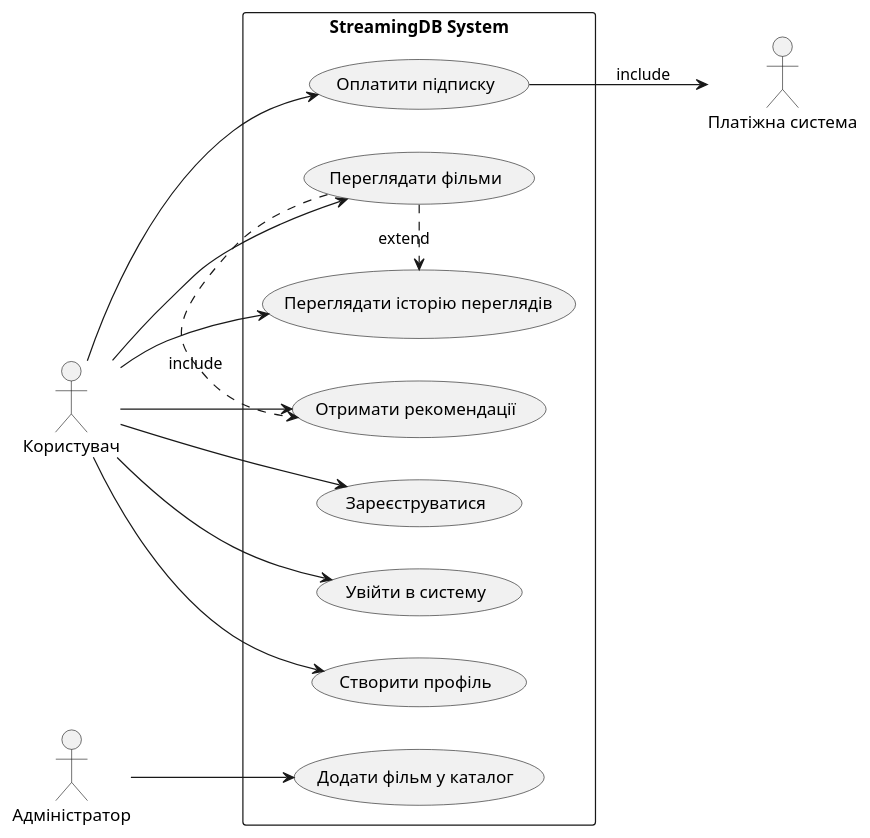
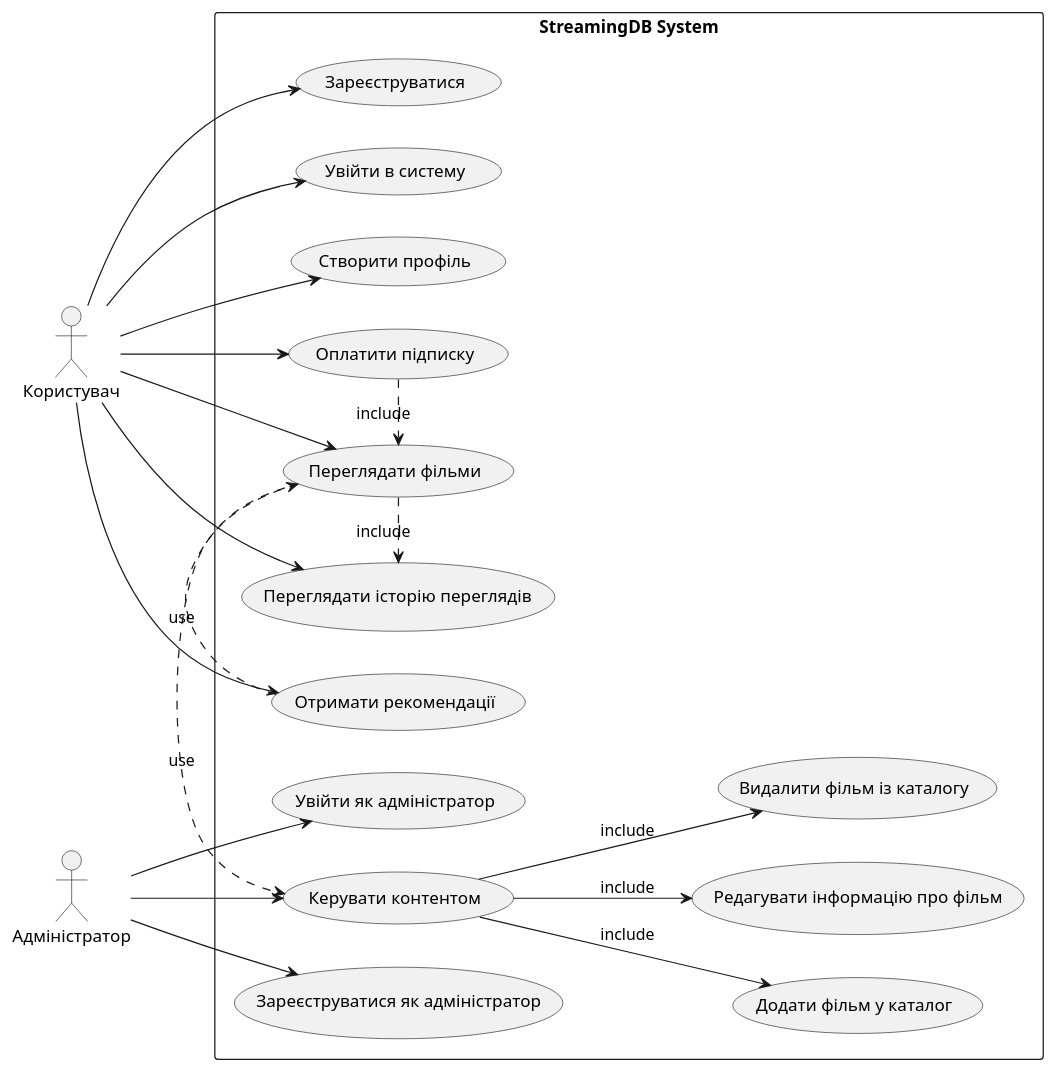
The diagram in StreamingDBUseCaseDiagram.puml (nikita4880/KPI_Components-of-software-engineering_labs), drawn with PlantUML before and after one commit.

Commit message:
Update StreamingDB use case diagram with admin actions

```diff
--- a/StreamingDBUseCaseDiagram.puml
+++ b/StreamingDBUseCaseDiagram.puml
@@ -1,32 +1,50 @@
 @startuml
 left to right direction
 
 actor "Користувач" as User
-actor "Платіжна система" as PaymentSystem
 actor "Адміністратор" as Admin
 
 rectangle "StreamingDB System" {
   (Зареєструватися) as UC1
   (Увійти в систему) as UC2
   (Переглядати фільми) as UC3
   (Переглядати історію переглядів) as UC4
   (Створити профіль) as UC5
   (Оплатити підписку) as UC6
   (Отримати рекомендації) as UC7
+
+  (Зареєструватися як адміністратор) as UC9
+  (Увійти як адміністратор) as UC10
+  (Керувати контентом) as UC11
   (Додати фільм у каталог) as UC8
+  (Редагувати інформацію про фільм) as UC12
+  (Видалити фільм із каталогу) as UC13
 }
 
+' Дії користувача
 User --> UC1
 User --> UC2
 User --> UC3
 User --> UC4
 User --> UC5
 User --> UC6
 User --> UC7
 
-UC6 --> PaymentSystem : include
-Admin --> UC8
+UC6 .> UC3 : include
 
-UC3 .> UC4 : extend
-UC3 .> UC7 : include
+UC3 .> UC4 : include
+UC7 .> UC3 : use
+
+
+UC3 .> UC11: use
+
+' Дії адміністратора
+Admin --> UC9
+Admin --> UC10
+Admin --> UC11
+
+' Взаємозв'язки для керування контентом
+UC11 --> UC8 : include
+UC11 --> UC12 : include
+UC11 --> UC13 : include
 @enduml
```
